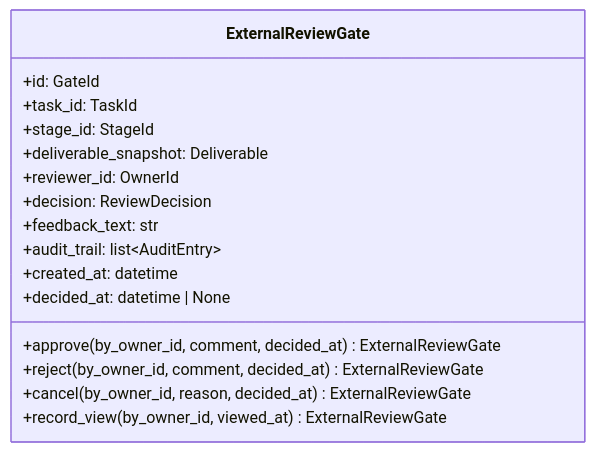
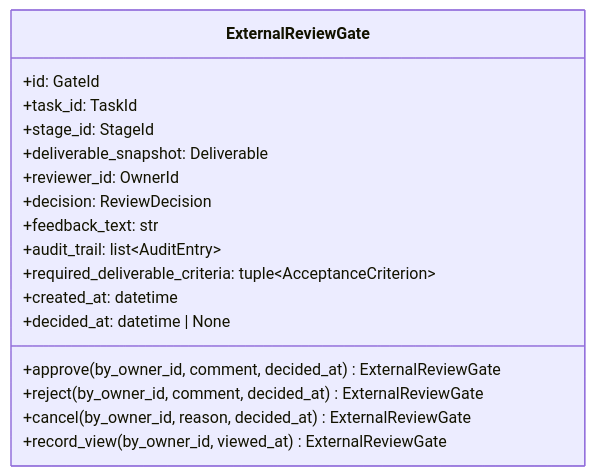
One commit to bakufu-dev/bakufu changed the diagram in docs/features/external-review-gate/domain/detailed-design.md. Above: the diagram before and after it, drawn with Mermaid. The commit also changed other lines of this file and 9 other files, not shown here.

First line of the commit message:
docs(#121): ExternalReviewGate に required_deliverable_criteria snapshot を追加

````diff
--- a/docs/features/external-review-gate/domain/detailed-design.md
+++ b/docs/features/external-review-gate/domain/detailed-design.md
@@ -15,19 +15,20 @@
 ```mermaid
 classDiagram
     class ExternalReviewGate {
         +id: GateId
         +task_id: TaskId
         +stage_id: StageId
         +deliverable_snapshot: Deliverable
         +reviewer_id: OwnerId
         +decision: ReviewDecision
         +feedback_text: str
         +audit_trail: list~AuditEntry~
+        +required_deliverable_criteria: tuple~AcceptanceCriterion~
         +created_at: datetime
         +decided_at: datetime | None
         +approve(by_owner_id, comment, decided_at) ExternalReviewGate
         +reject(by_owner_id, comment, decided_at) ExternalReviewGate
         +cancel(by_owner_id, reason, decided_at) ExternalReviewGate
         +record_view(by_owner_id, viewed_at) ExternalReviewGate
     }
 ```
````
